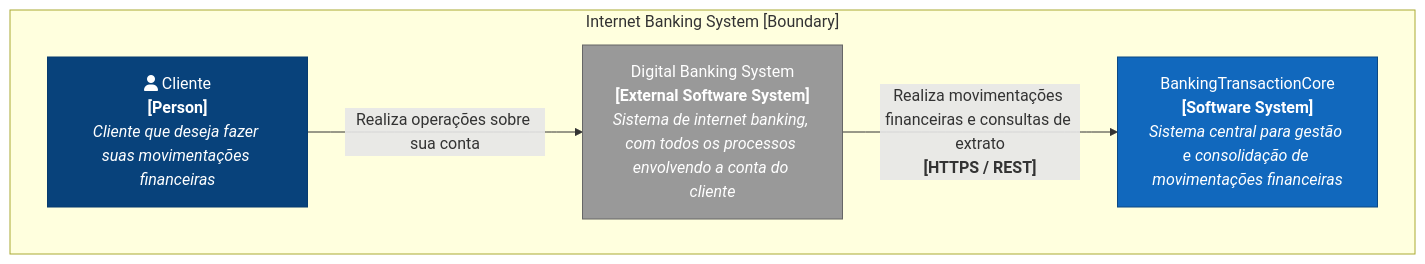
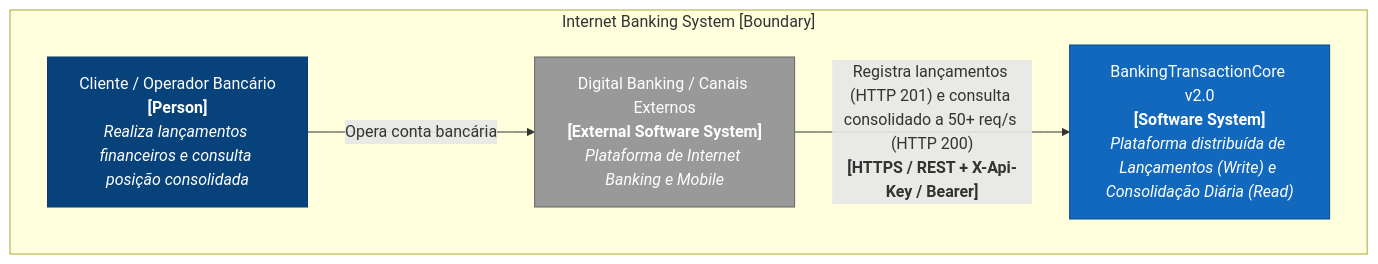
The first of 5 diagrams in README.md (lviana29/ChallengeBankingTransactionCoreApi), drawn with Mermaid before and after one commit. The commit also changed other lines of this file and 74 other files, not shown here.

````diff
--- a/README.md
+++ b/README.md
@@ -40,15 +38,15 @@
 ```mermaid
 flowchart TD
     subgraph BoundarySystem["Internet Banking System [Boundary]"]
-        Cliente["fa:fa-user Cliente<br/><b>[Person]</b><br/><i>Cliente que deseja fazer suas movimentações financeiras</i>"]:::person
-        DigitalBanking["Digital Banking System<br/><b>[External Software System]</b><br/><i>Sistema de internet banking, com todos os processos envolvendo a conta do cliente</i>"]:::extSystem
-        BankingTransactionCore["BankingTransactionCore<br/><b>[Software System]</b><br/><i>Sistema central para gestão e consolidação de movimentações financeiras</i>"]:::coreSystem
+        Cliente["Cliente / Operador Bancário<br/><b>[Person]</b><br/><i>Realiza lançamentos financeiros e consulta posição consolidada</i>"]:::person
+        DigitalBanking["Digital Banking / Canais Externos<br/><b>[External Software System]</b><br/><i>Plataforma de Internet Banking e Mobile</i>"]:::extSystem
+        BankingTransactionCore["BankingTransactionCore v2.0<br/><b>[Software System]</b><br/><i>Plataforma distribuída de Lançamentos (Write) e Consolidação Diária (Read)</i>"]:::coreSystem
     end
 
-    Cliente -->|"Realiza operações sobre sua conta"| DigitalBanking
-    DigitalBanking -->|"Realiza movimentações financeiras e consultas de extrato<br/><b>[HTTPS / REST]</b>"| BankingTransactionCore
+    Cliente -->|"Opera conta bancária"| DigitalBanking
+    DigitalBanking -->|"Registra lançamentos (HTTP 201) e consulta consolidado a 50+ req/s (HTTP 200)<br/><b>[HTTPS / REST + X-Api-Key / Bearer]</b>"| BankingTransactionCore
 
     classDef person fill:#08427B,stroke:#073B6F,color:#fff;
     classDef extSystem fill:#999999,stroke:#666666,color:#fff;
     classDef coreSystem fill:#1168BD,stroke:#0B4884,color:#fff;
 ```
````
